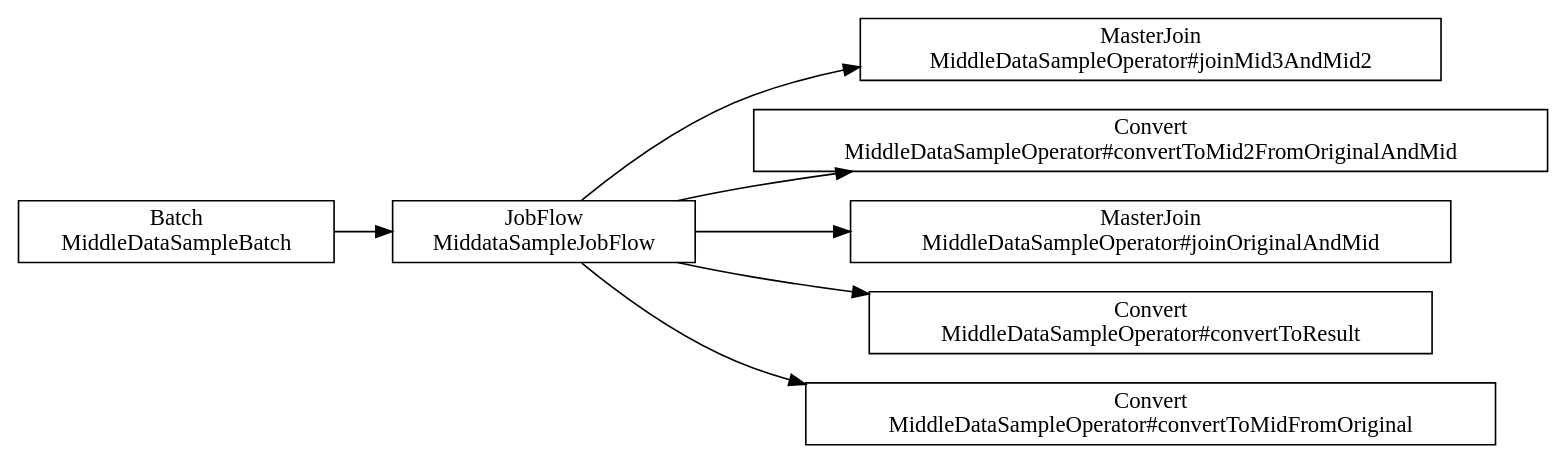
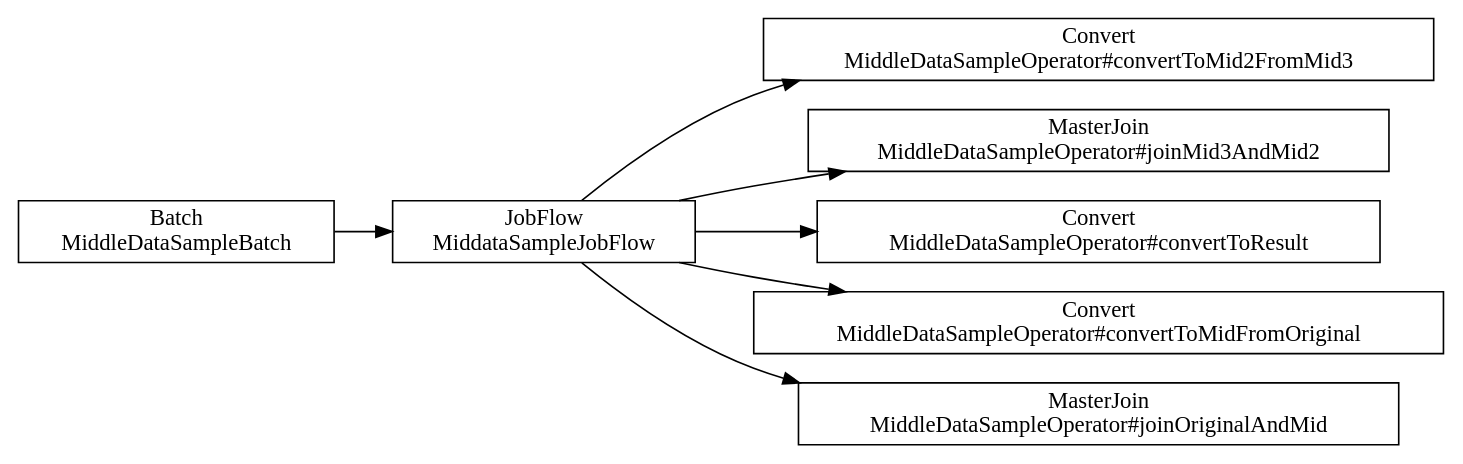
One commit to ironpeace/AsakusaMiddleDataSample changed the diagram in target/batchc/mdsBatch/opt/dsl-analysis/batch/original-merged-structure.dot. Above: the diagram before and after it, drawn with Graphviz. The commit also changed 62 other files, not shown here.

```diff
--- a/target/batchc/mdsBatch/opt/dsl-analysis/batch/original-merged-structure.dot
+++ b/target/batchc/mdsBatch/opt/dsl-analysis/batch/original-merged-structure.dot
@@ -1,16 +1,16 @@
 digraph {
     rankdir = LR;
-    "b61cd75c-2acd-4158-8092-8764d6469299" [shape=box, label="Batch\nMiddleDataSampleBatch"];
-    "7d523c3f-73f2-4a77-a7e2-015568a20491" [shape=box, label="JobFlow\nMiddataSampleJobFlow"];
-    "c15a1ee4-609c-46bb-bcac-4dfa24bbc9cc" [shape=box, label="MasterJoin\nMiddleDataSampleOperator#joinMid3AndMid2"];
-    "7d523c3f-73f2-4a77-a7e2-015568a20491" -> "c15a1ee4-609c-46bb-bcac-4dfa24bbc9cc";
-    "fc27424b-8c6e-4a64-a57e-e01b7e5251cc" [shape=box, label="Convert\nMiddleDataSampleOperator#convertToMid2FromOriginalAndMid"];
-    "7d523c3f-73f2-4a77-a7e2-015568a20491" -> "fc27424b-8c6e-4a64-a57e-e01b7e5251cc";
-    "b0984b2c-48eb-411d-aa1e-ad8e57c912c8" [shape=box, label="MasterJoin\nMiddleDataSampleOperator#joinOriginalAndMid"];
-    "7d523c3f-73f2-4a77-a7e2-015568a20491" -> "b0984b2c-48eb-411d-aa1e-ad8e57c912c8";
-    "f141af7c-b1c0-49e9-bd26-c6c71b31fa45" [shape=box, label="Convert\nMiddleDataSampleOperator#convertToResult"];
-    "7d523c3f-73f2-4a77-a7e2-015568a20491" -> "f141af7c-b1c0-49e9-bd26-c6c71b31fa45";
-    "be278944-fac8-4568-906d-e0e0651feec7" [shape=box, label="Convert\nMiddleDataSampleOperator#convertToMidFromOriginal"];
-    "7d523c3f-73f2-4a77-a7e2-015568a20491" -> "be278944-fac8-4568-906d-e0e0651feec7";
-    "b61cd75c-2acd-4158-8092-8764d6469299" -> "7d523c3f-73f2-4a77-a7e2-015568a20491";
+    "c8fb022f-1619-4ecb-aec8-d469e349664d" [shape=box, label="Batch\nMiddleDataSampleBatch"];
+    "211a4e5e-1605-4349-9dd1-fc962330d23b" [shape=box, label="JobFlow\nMiddataSampleJobFlow"];
+    "40108227-3076-4d98-80fa-9aceac815e44" [shape=box, label="Convert\nMiddleDataSampleOperator#convertToMid2FromMid3"];
+    "211a4e5e-1605-4349-9dd1-fc962330d23b" -> "40108227-3076-4d98-80fa-9aceac815e44";
+    "58b0b92f-e897-4c01-83df-08891780b9ca" [shape=box, label="MasterJoin\nMiddleDataSampleOperator#joinMid3AndMid2"];
+    "211a4e5e-1605-4349-9dd1-fc962330d23b" -> "58b0b92f-e897-4c01-83df-08891780b9ca";
+    "e7cdfbda-1869-4c3f-a501-4e3bd5435ae7" [shape=box, label="Convert\nMiddleDataSampleOperator#convertToResult"];
+    "211a4e5e-1605-4349-9dd1-fc962330d23b" -> "e7cdfbda-1869-4c3f-a501-4e3bd5435ae7";
+    "92108428-3ecf-44d8-94a1-cb090336456e" [shape=box, label="Convert\nMiddleDataSampleOperator#convertToMidFromOriginal"];
+    "211a4e5e-1605-4349-9dd1-fc962330d23b" -> "92108428-3ecf-44d8-94a1-cb090336456e";
+    "796b4272-997b-461b-bc59-2698f7332955" [shape=box, label="MasterJoin\nMiddleDataSampleOperator#joinOriginalAndMid"];
+    "211a4e5e-1605-4349-9dd1-fc962330d23b" -> "796b4272-997b-461b-bc59-2698f7332955";
+    "c8fb022f-1619-4ecb-aec8-d469e349664d" -> "211a4e5e-1605-4349-9dd1-fc962330d23b";
 }
```
